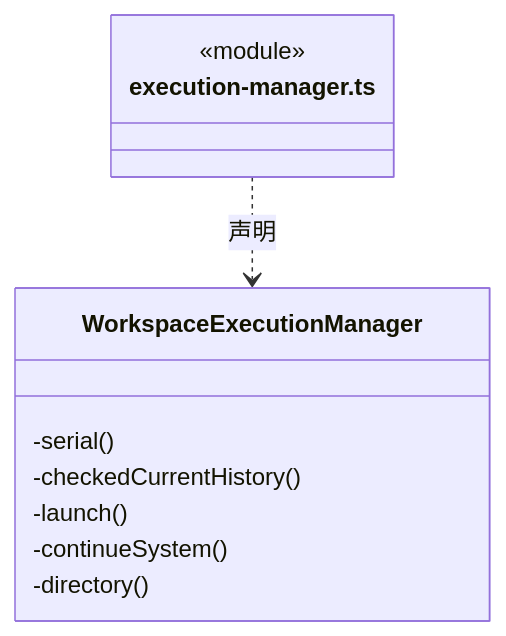
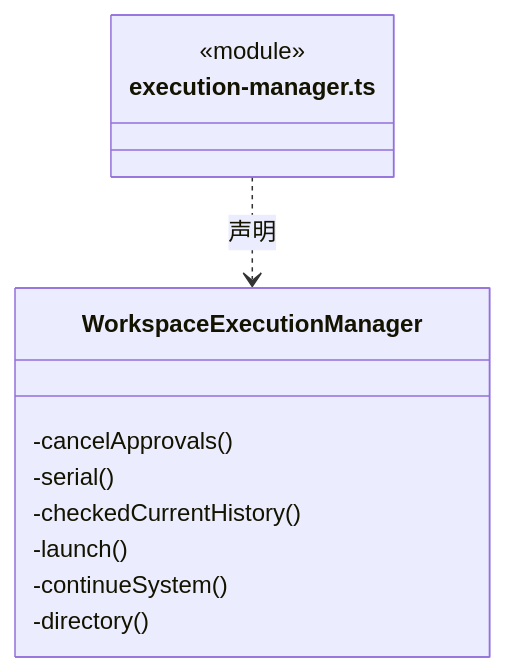
Before and after one commit to nan023062/cbim: the sixth of 12 diagrams in src/logic/conversation/runtime/ARCHITECTURE.md, drawn with Mermaid. The commit also changed other lines of this file and 58 other files, not shown here.

````diff
--- a/src/logic/conversation/runtime/ARCHITECTURE.md
+++ b/src/logic/conversation/runtime/ARCHITECTURE.md
@@ -201,14 +201,15 @@
 ```mermaid
 classDiagram
 class N_src_logic_conversation_runtime_execution_manager_ts["execution-manager.ts"] {
   <<module>>
 }
 class N_src_logic_conversation_runtime_execution_manager_ts_WorkspaceExecutionManager["WorkspaceExecutionManager"] {
+  -cancelApprovals()
   -serial()
   -checkedCurrentHistory()
   -launch()
   -continueSystem()
   -directory()
 }
 N_src_logic_conversation_runtime_execution_manager_ts ..> N_src_logic_conversation_runtime_execution_manager_ts_WorkspaceExecutionManager : 声明
 ```
````
